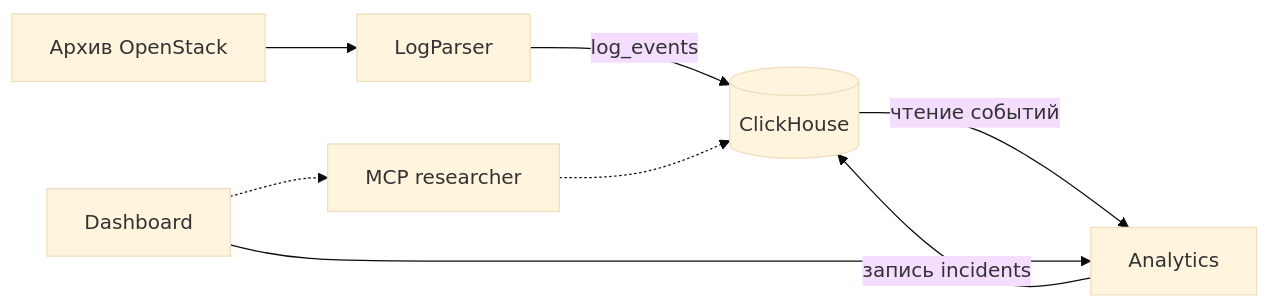
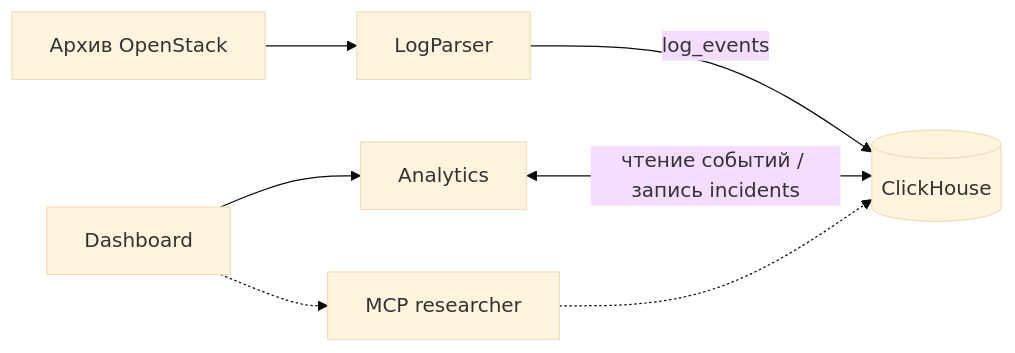
Before and after one commit to tsarev-is/Logregartor: the diagram in README.md, drawn with Mermaid (base theme). The commit also changed other lines of this file, not shown here.

````diff
--- a/README.md
+++ b/README.md
@@ -10,10 +10,9 @@
 ```mermaid
 flowchart LR
     L[Архив OpenStack] --> P[LogParser]
     P -->|log_events| C[(ClickHouse)]
-    C -->|чтение событий| A[Analytics]
-    A -->|запись incidents| C
-    D[Dashboard] --> A
+    D[Dashboard] --> A[Analytics]
+    A <-->|чтение событий / запись incidents| C
     D -.-> M[MCP researcher]
     M -.-> C
 ```
````
